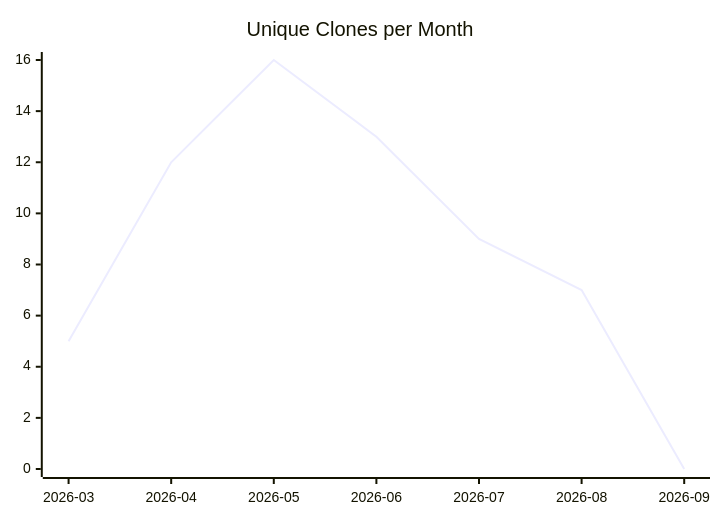
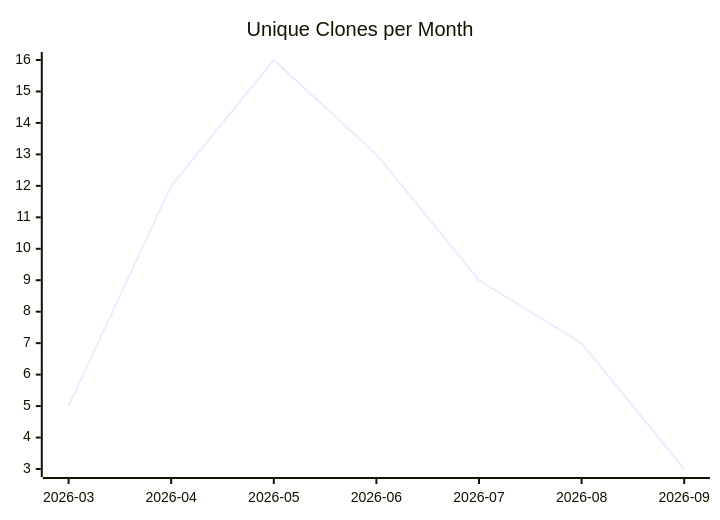
The third of 3 diagrams in karlmdavis/justdavis-karl/README.md (justdavis-family/github-analytics-data), drawn with Mermaid before and after one commit. The commit also changed other lines of this file and 191 other files, not shown here.

````diff
--- a/karlmdavis/justdavis-karl/README.md
+++ b/karlmdavis/justdavis-karl/README.md
@@ -19,6 +19,6 @@
 ```mermaid
 xychart-beta
   title "Unique Clones per Month"
   x-axis ["2026-03", "2026-04", "2026-05", "2026-06", "2026-07", "2026-08", "2026-09"]
-  line [5, 12, 16, 13, 9, 7, 0]
+  line [5, 12, 16, 13, 9, 7, 3]
 ```
````
